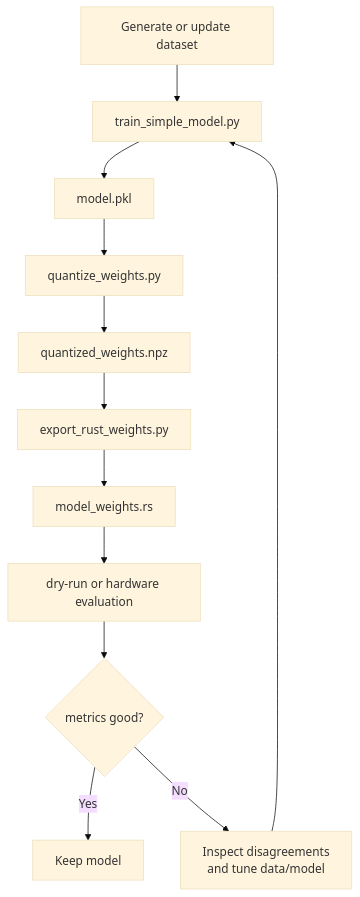
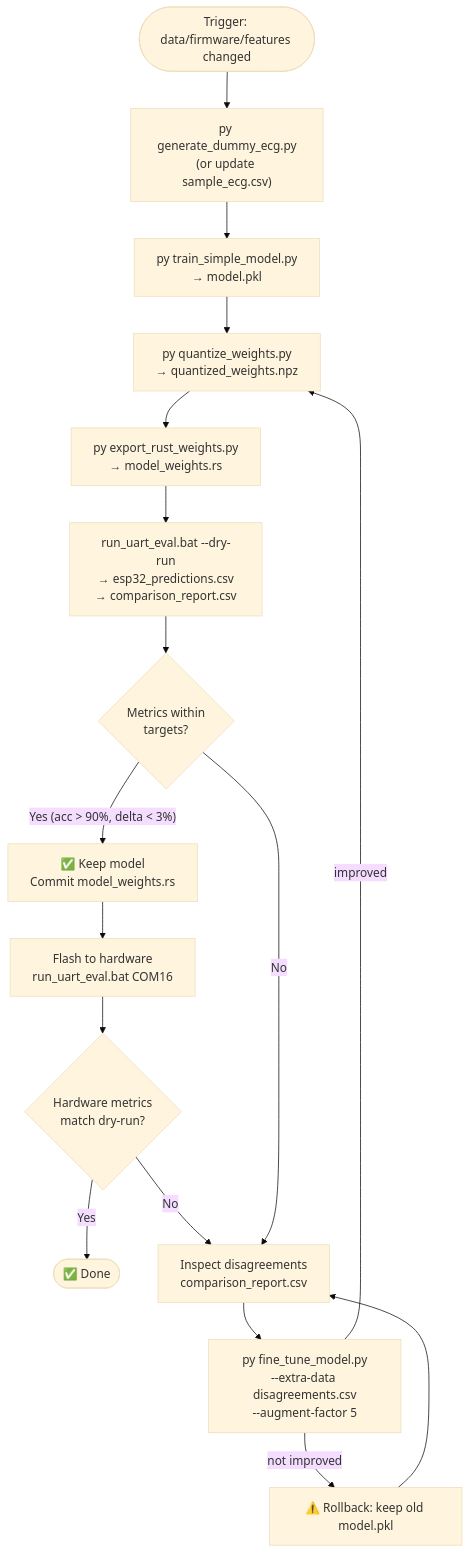
Before and after one commit to Adji-SP/RT-QTinyECG-ESP32-Rust: the seventh of 10 diagrams in Product/docs/flowchart.md, drawn with Mermaid (base theme). The commit also changed other lines of this file and 9 other files, not shown here.

````diff
--- a/Product/docs/flowchart.md
+++ b/Product/docs/flowchart.md
@@ -71,14 +227,26 @@
 ```mermaid
 flowchart TD
-    A["Generate or update dataset"] --> B["train_simple_model.py"]
-    B --> C["model.pkl"]
-    C --> D["quantize_weights.py"]
-    D --> E["quantized_weights.npz"]
-    E --> F["export_rust_weights.py"]
-    F --> G["model_weights.rs"]
-    G --> H["dry-run or hardware evaluation"]
-    H --> I{"metrics good?"}
-    I -->|"Yes"| J["Keep model"]
-    I -->|"No"| K["Inspect disagreements\nand tune data/model"]
-    K --> B
+    TRIGGER(["Trigger: data/firmware/features changed"])
+    GEN["py generate_dummy_ecg.py\n(or update sample_ecg.csv)"]
+    TRAIN["py train_simple_model.py\n→ model.pkl"]
+    QUANT["py quantize_weights.py\n→ quantized_weights.npz"]
+    EXPORT["py export_rust_weights.py\n→ model_weights.rs"]
+    DRYRUN["run_uart_eval.bat --dry-run\n→ esp32_predictions.csv\n→ comparison_report.csv"]
+    CHECK{"Metrics within\ntargets?"}
+    KEEP["✅ Keep model\nCommit model_weights.rs"]
+    FLASH["Flash to hardware\nrun_uart_eval.bat COM16"]
+    HW_CHECK{"Hardware metrics\nmatch dry-run?"}
+    DONE(["✅ Done"])
+    INSPECT["Inspect disagreements\ncomparison_report.csv"]
+    FINETUNE["py fine_tune_model.py\n--extra-data disagreements.csv\n--augment-factor 5"]
+    ROLLBACK["⚠️ Rollback: keep old model.pkl"]
+
+    TRIGGER --> GEN --> TRAIN --> QUANT --> EXPORT --> DRYRUN --> CHECK
+    CHECK -->|"Yes (acc > 90%, delta < 3%)"| KEEP --> FLASH --> HW_CHECK
+    HW_CHECK -->|"Yes"| DONE
+    HW_CHECK -->|"No"| INSPECT
+    CHECK -->|"No"| INSPECT
+    INSPECT --> FINETUNE
+    FINETUNE -->|"improved"| QUANT
+    FINETUNE -->|"not improved"| ROLLBACK --> INSPECT
 ```
````
